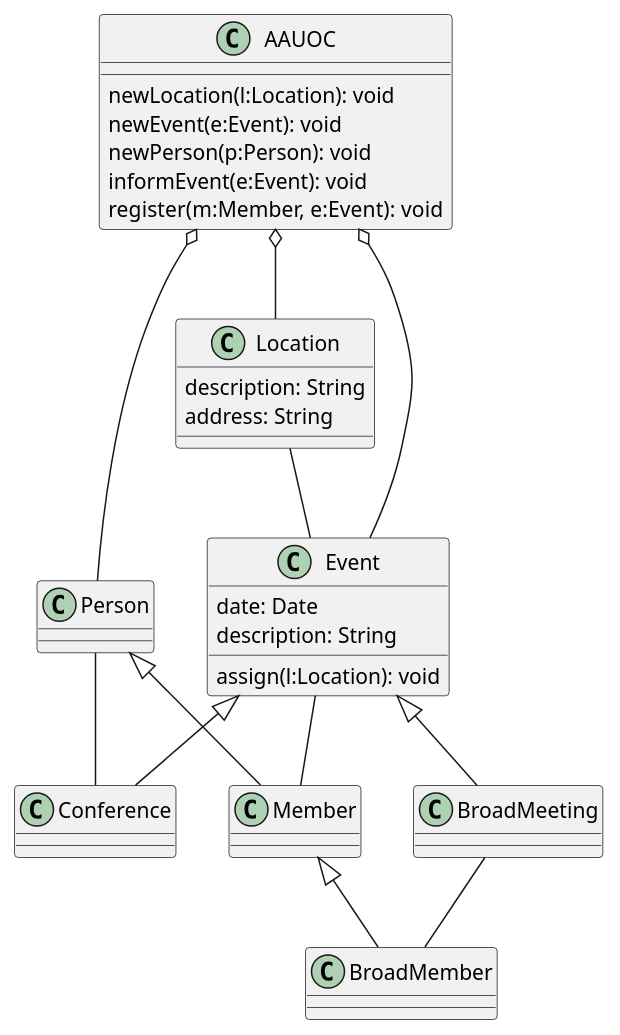
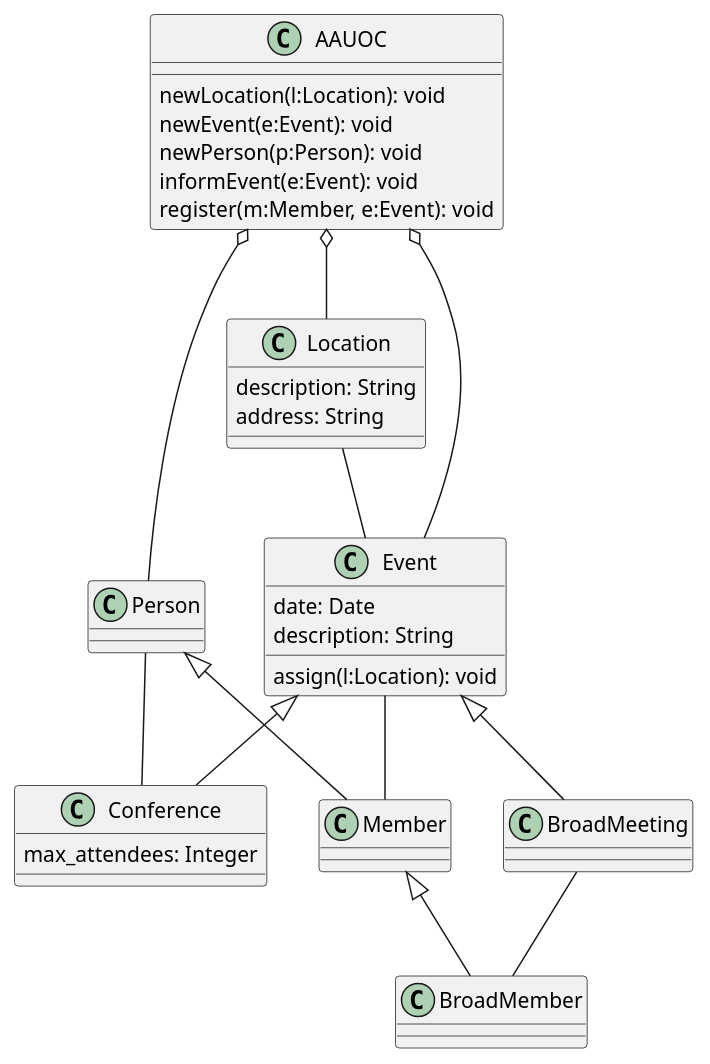
The diagram in P11_Diagrama_UML.puml (sandrasd89/UMLClasesSandra), drawn with PlantUML before and after one commit.

Commit message:
se ha añadido atributo a conference

```diff
--- a/P11_Diagrama_UML.puml
+++ b/P11_Diagrama_UML.puml
@@ -1,53 +1,54 @@
 @startuml
 
 class AAUOC {
     newLocation(l:Location): void
     newEvent(e:Event): void
     newPerson(p:Person): void
     informEvent(e:Event): void
     register(m:Member, e:Event): void
 
 }
 class Location {
     description: String
     address: String
 
 }
 class Event{
     date: Date
     description: String
     assign(l:Location): void
 
 }
 class Conference {
+    max_attendees: Integer
 
 }
 class BroadMeeting{
 }
 
 class Person {
 
 }
 class Member{
 
 }
 
 class BroadMember {
 
 }
 
 AAUOC o-- Event
 AAUOC o-- Location
 AAUOC o-- Person
 Location -- Event
 Event <|-- Conference
 Event <|-- BroadMeeting
 Person <|-- Member
 Member <|-- BroadMember
 Event -- Member
 Person -- Conference
 BroadMeeting -- BroadMember
 
 
 
 @enduml
```
